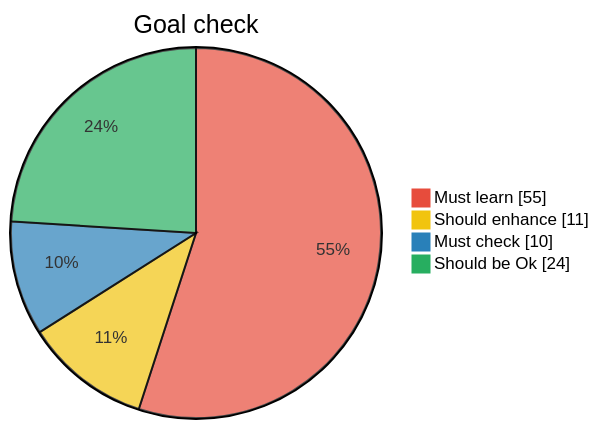
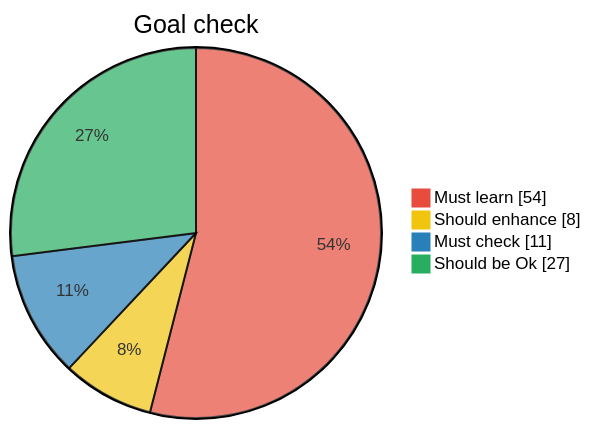
Before and after one commit to nadnone/nadnone: the diagram in README.md, drawn with Mermaid. The commit also changed other lines of this file and 1 other file, not shown here.

Commit message:
Update data
update about stats

````diff
--- a/README.md
+++ b/README.md
@@ -7,25 +7,25 @@
 ```mermaid
 
 %%{
 init: 
     {
     "theme": "black",
     "themeVariables": 
         {   
             "pie1": "#e74c3c",
             "pie2": "#f1c40f",
             "pie3": "#2980b9",
             "pie4": "#27ae60"
         }
     }
 }%%
 
 pie showData
     title Goal check
-    "Must learn": 55.0
-    "Should enhance": 11.0
-    "Must check": 10.0
-    "Should be Ok": 24.0
+    "Must learn": 54.0
+    "Should enhance": 8.0
+    "Must check": 11.0
+    "Should be Ok": 27.0
 
 
 ```
````
